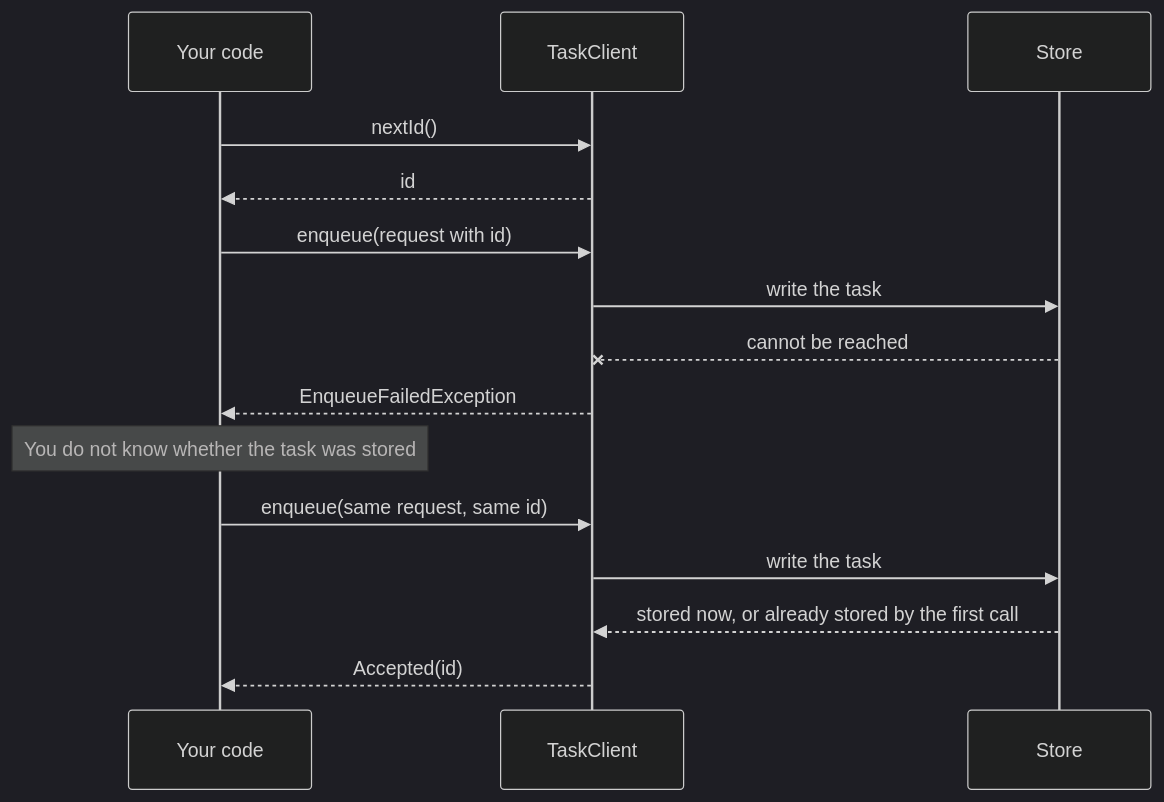
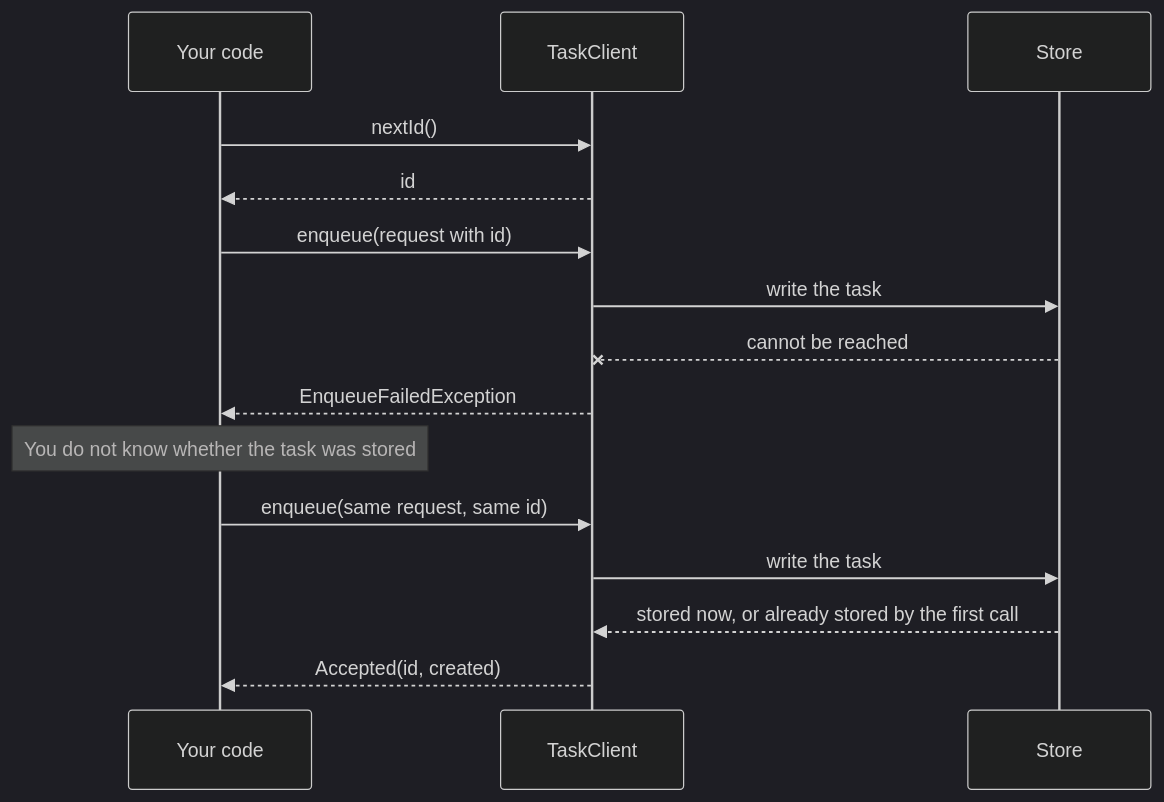
One commit to BonfireTrunk/bth4j changed the first of 2 diagrams in docs/enqueueing.md. Above: the diagram before and after it, drawn with Mermaid (dark theme). The commit also changed other lines of this file and 6 other files, not shown here.

````diff
--- a/docs/enqueueing.md
+++ b/docs/enqueueing.md
@@ -172,17 +172,17 @@
 ```mermaid
 sequenceDiagram
     participant App as Your code
     participant Client as TaskClient
     participant Store
     App->>Client: nextId()
     Client-->>App: id
     App->>Client: enqueue(request with id)
     Client->>Store: write the task
     Store--xClient: cannot be reached
     Client-->>App: EnqueueFailedException
     Note over App: You do not know whether the task was stored
     App->>Client: enqueue(same request, same id)
     Client->>Store: write the task
     Store-->>Client: stored now, or already stored by the first call
-    Client-->>App: Accepted(id)
+    Client-->>App: Accepted(id, created)
 ```
````
